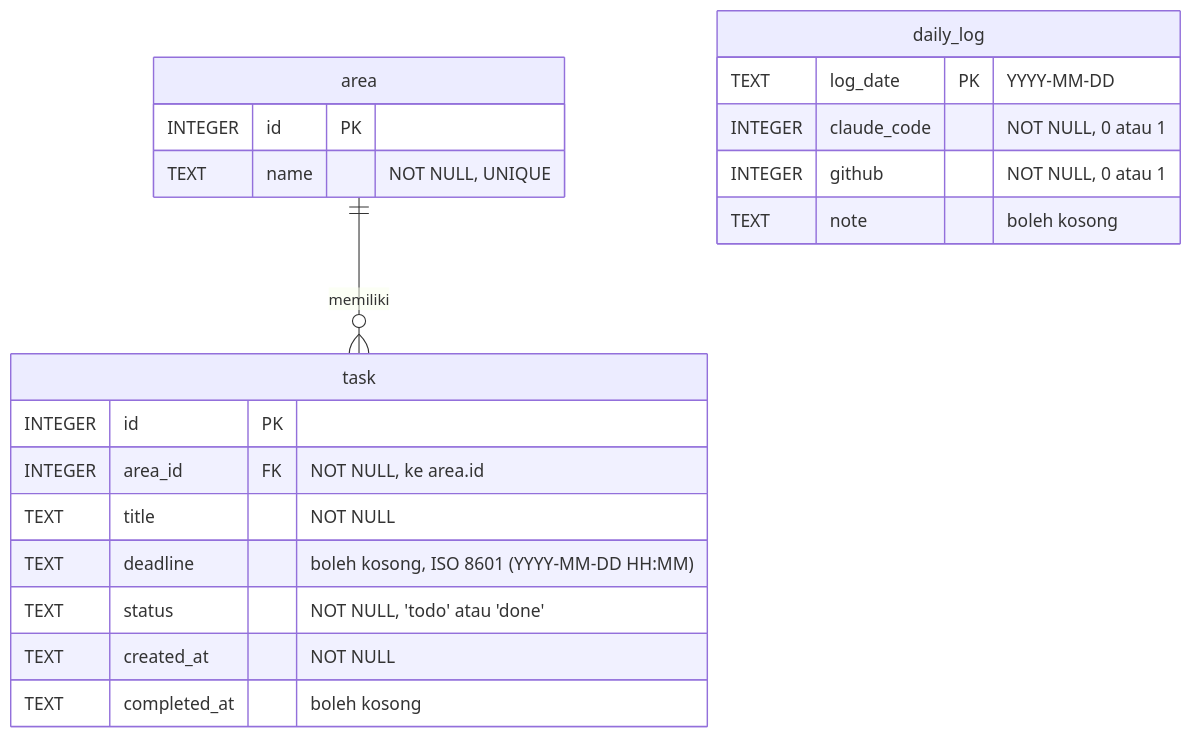
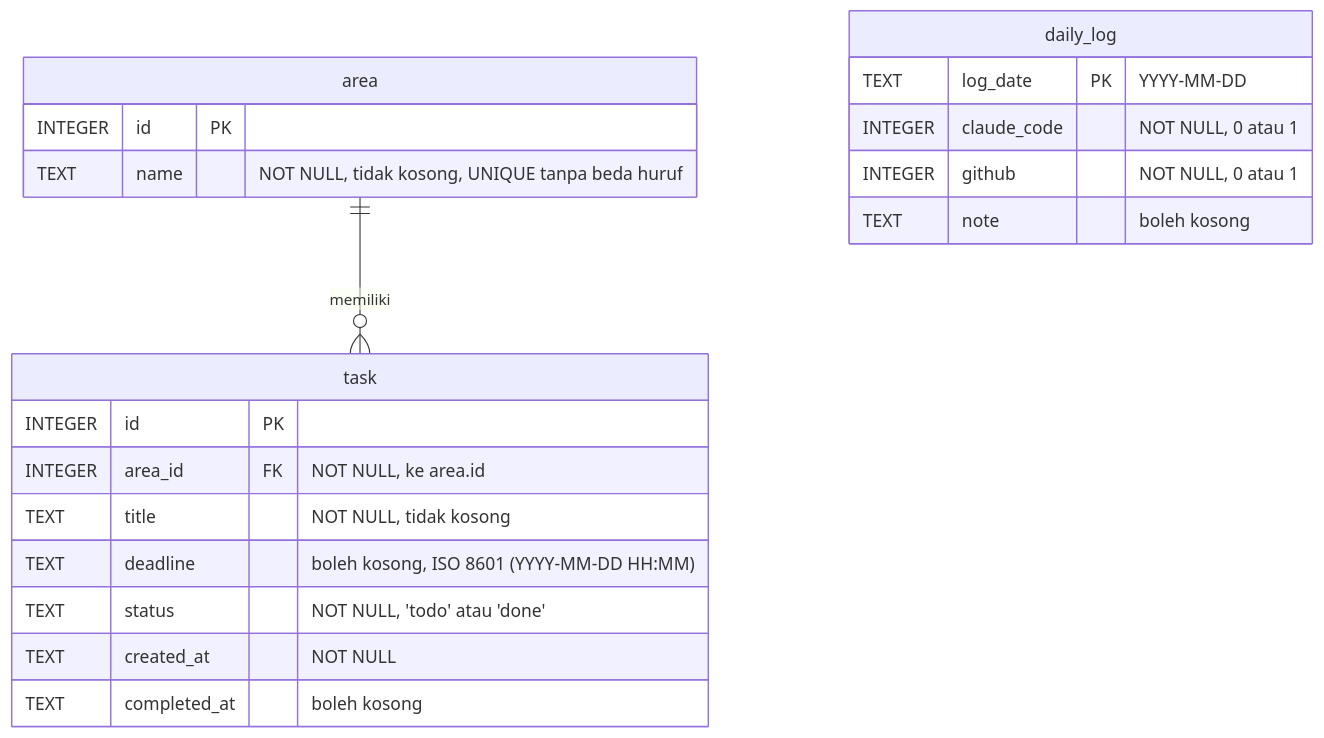
The diagram in docs/erd.md (samuel-geraldo/ctrl-coco), drawn with Mermaid before and after one commit. The commit also changed other lines of this file, not shown here.

Commit message:
docs: catat aturan nama dan versi skema 2 di erd.md (#39)

````diff
--- a/docs/erd.md
+++ b/docs/erd.md
@@ -5,23 +5,23 @@
 ```mermaid
 erDiagram
     area ||--o{ task : "memiliki"
     area {
         INTEGER id PK
-        TEXT name "NOT NULL, UNIQUE"
+        TEXT name "NOT NULL, tidak kosong, UNIQUE tanpa beda huruf"
     }
     task {
         INTEGER id PK
         INTEGER area_id FK "NOT NULL, ke area.id"
-        TEXT title "NOT NULL"
+        TEXT title "NOT NULL, tidak kosong"
         TEXT deadline "boleh kosong, ISO 8601 (YYYY-MM-DD HH:MM)"
         TEXT status "NOT NULL, 'todo' atau 'done'"
         TEXT created_at "NOT NULL"
         TEXT completed_at "boleh kosong"
     }
     daily_log {
         TEXT log_date PK "YYYY-MM-DD"
         INTEGER claude_code "NOT NULL, 0 atau 1"
         INTEGER github "NOT NULL, 0 atau 1"
         TEXT note "boleh kosong"
     }
 ```
````
